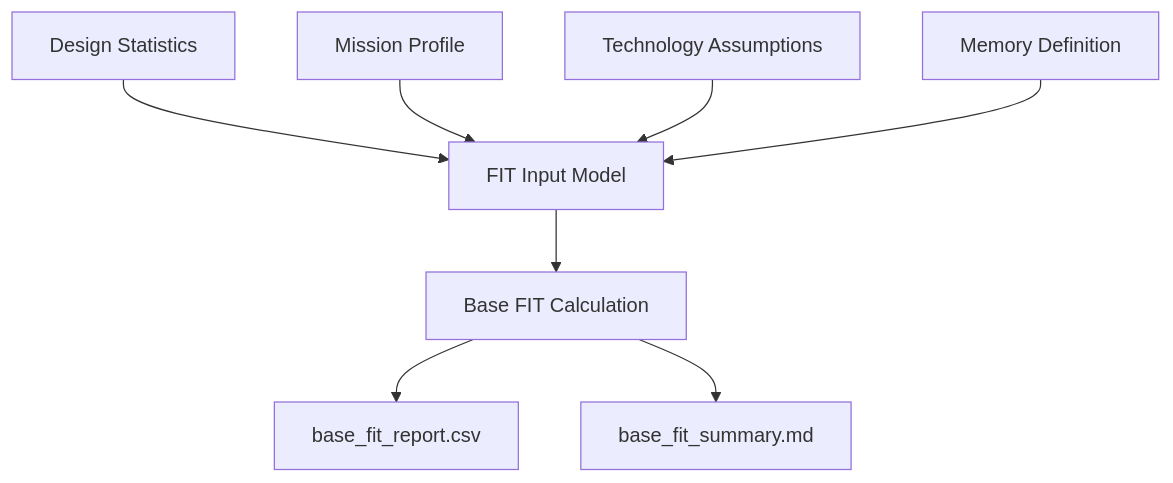
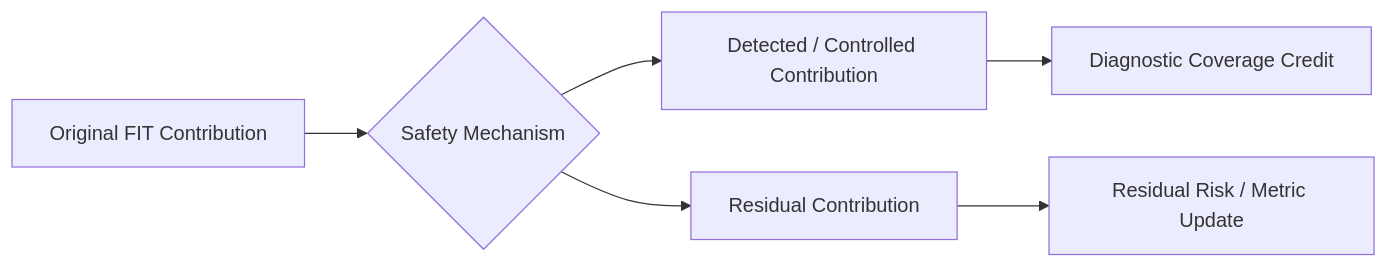
Before and after one commit to qiqixixi1001/automotive-safeic-practice: the fifth of 12 diagrams in articles/01_automotive_safeic_practice_d01_github_en_revised.md, drawn with Mermaid. The commit also changed other lines of this file, not shown here.

````diff
--- a/articles/01_automotive_safeic_practice_d01_github_en_revised.md
+++ b/articles/01_automotive_safeic_practice_d01_github_en_revised.md
@@ -487,10 +326,8 @@
 ```mermaid
-flowchart TD
-    A[Design Statistics] --> B[FIT Input Model]
-    C[Mission Profile] --> B
-    D[Technology Assumptions] --> B
-    E[Memory Definition] --> B
-    B --> F[Base FIT Calculation]
-    F --> G[base_fit_report.csv]
-    F --> H[base_fit_summary.md]
+flowchart LR
+    A[Original FIT Contribution] --> B{Safety Mechanism}
+    B --> C[Detected / Controlled Contribution]
+    B --> D[Residual Contribution]
+    C --> E[Diagnostic Coverage Credit]
+    D --> F[Residual Risk / Metric Update]
 ```
````
